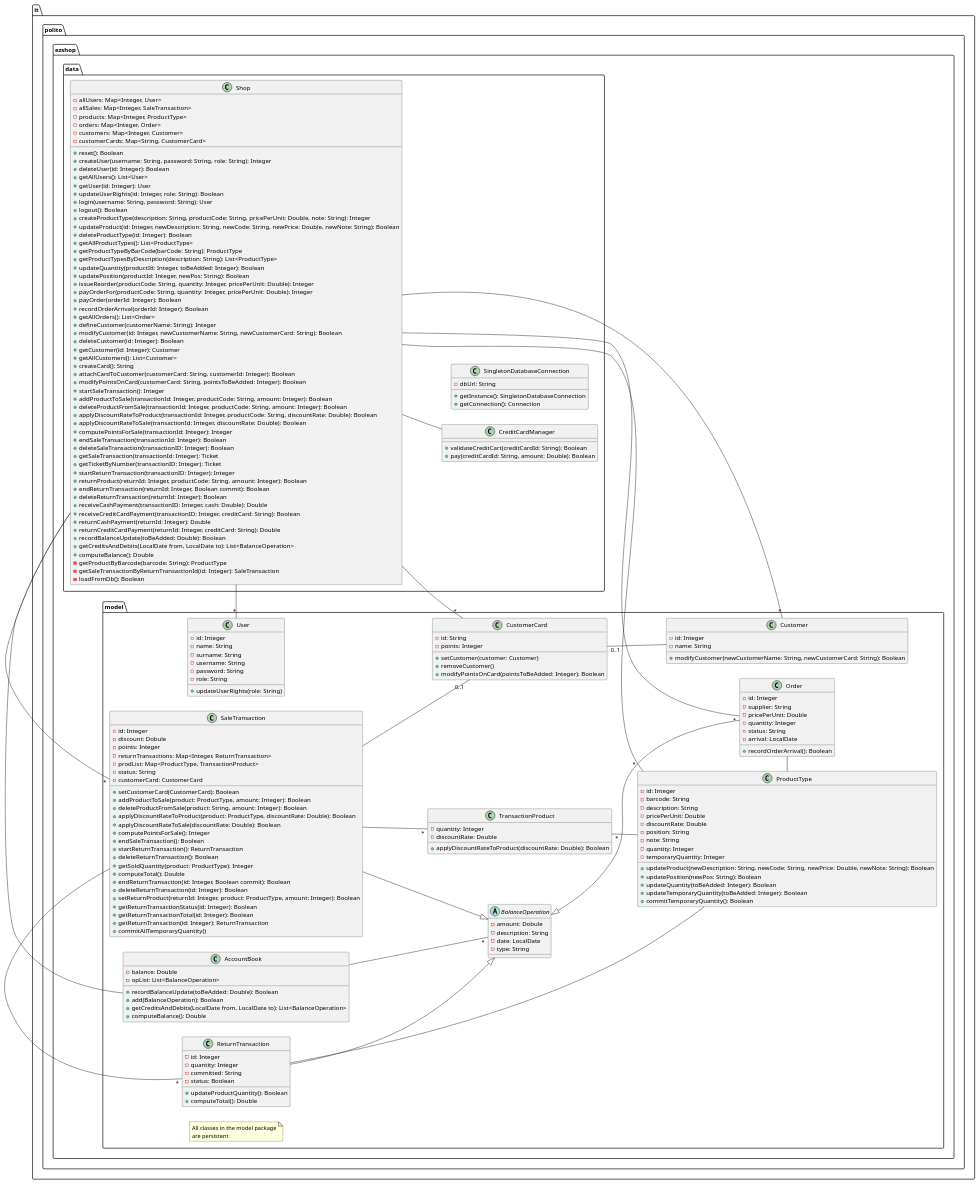
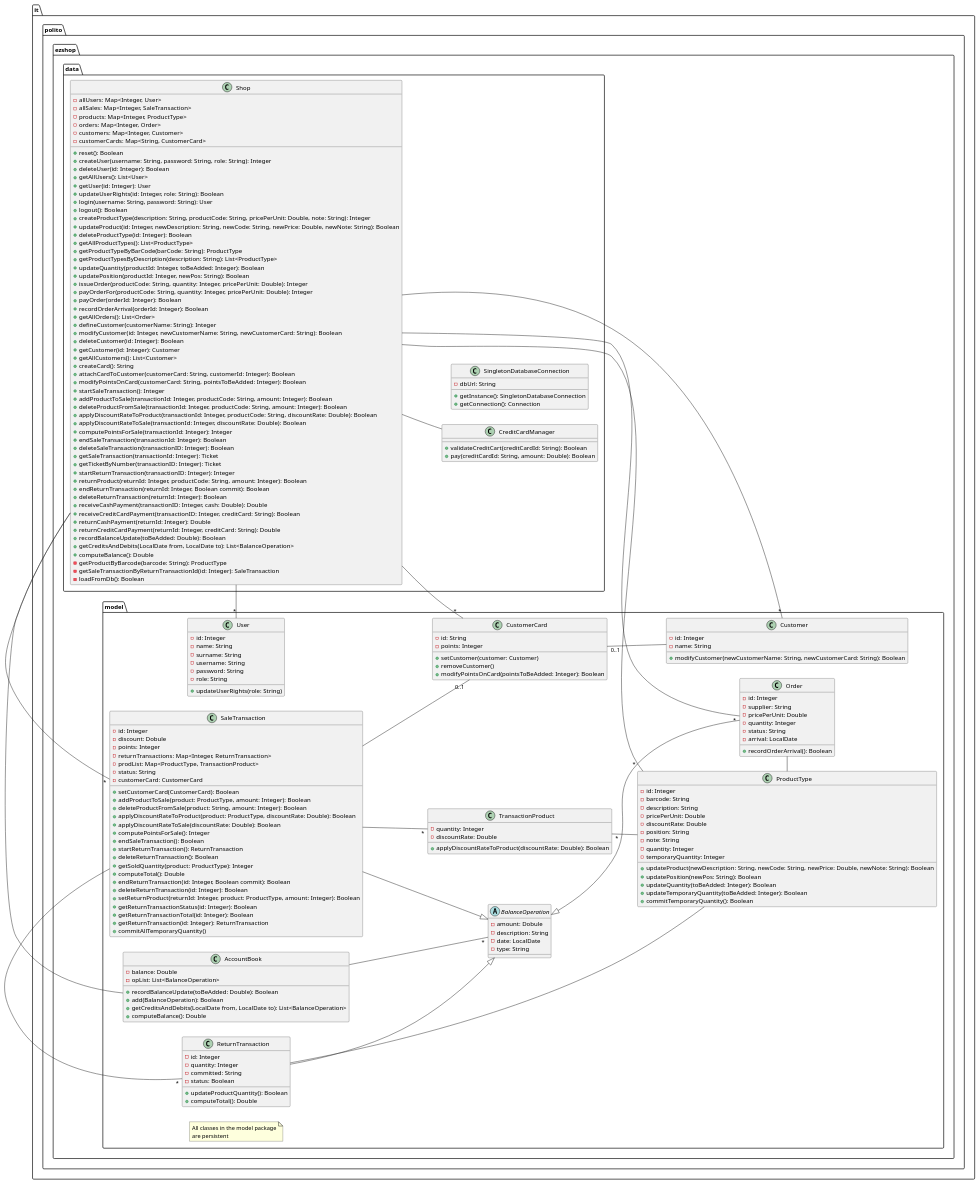
One commit to MatteoBattilana/EzShop changed the second of 14 diagrams in Deliverables/DesignDocument.md. Above: the diagram before and after it, drawn with PlantUML.

Commit message:
docs: fixed methods name

```diff
--- a/Deliverables/DesignDocument.md
+++ b/Deliverables/DesignDocument.md
@@ -94,7 +94,7 @@
 + getProductTypesByDescription(description: String): List<ProductType>
 + updateQuantity(productId: Integer, toBeAdded: Integer): Boolean
 + updatePosition(productId: Integer, newPos: String): Boolean
-+ issueReorder(productCode: String, quantity: Integer, pricePerUnit: Double): Integer
++ issueOrder(productCode: String, quantity: Integer, pricePerUnit: Double): Integer
 + payOrderFor(productCode: String, quantity: Integer, pricePerUnit: Double): Integer
 + payOrder(orderId: Integer): Boolean
 + recordOrderArrival(orderId: Integer): Boolean
```
